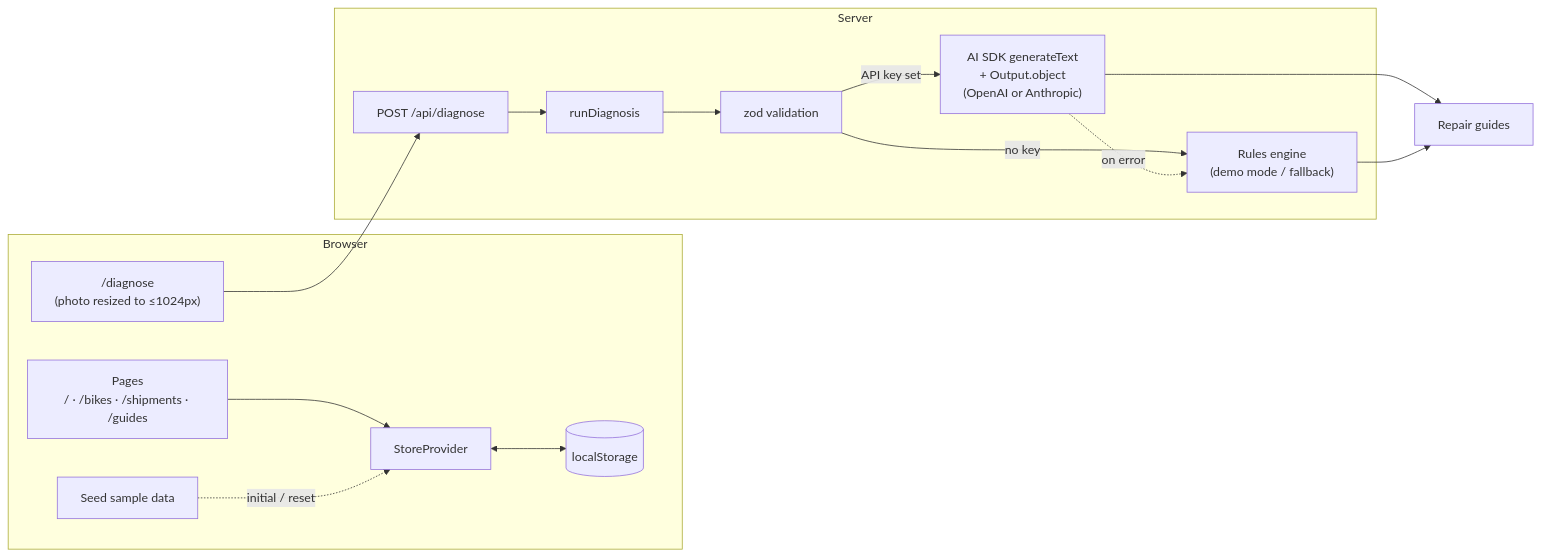
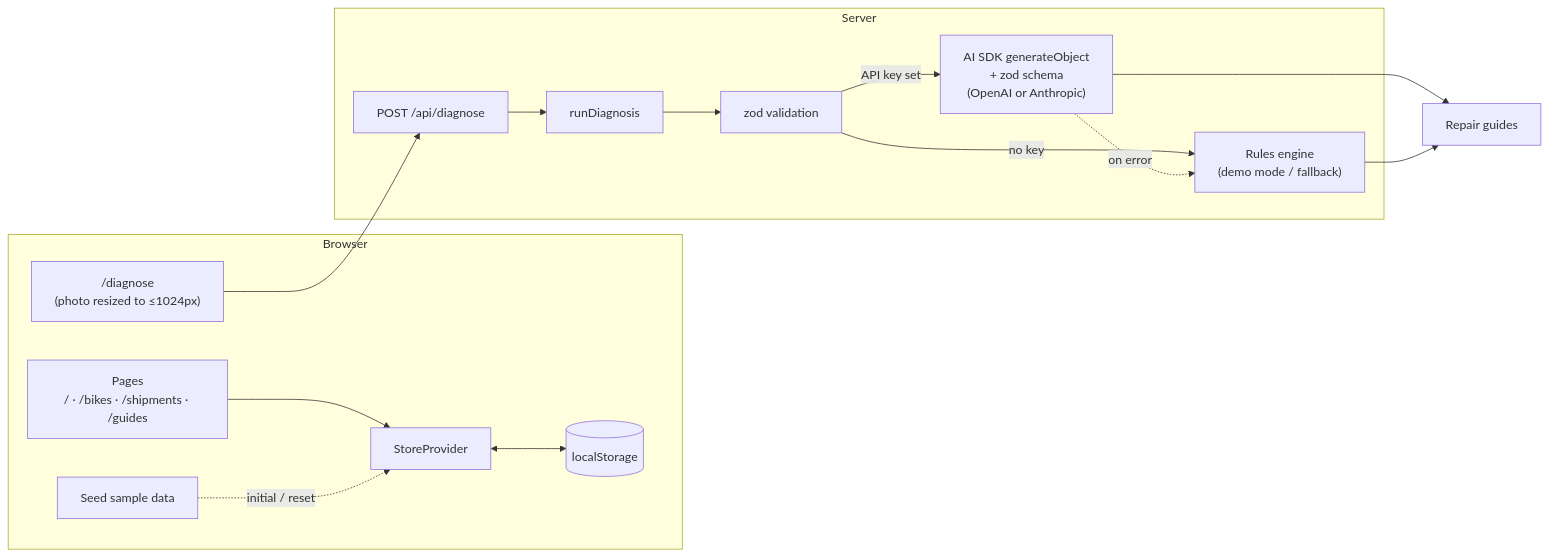
Before and after one commit to zandy700/bikedoc: the diagram in README.md, drawn with Mermaid. The commit also changed other lines of this file and 8 other files, not shown here.

````diff
--- a/README.md
+++ b/README.md
@@ -37,30 +37,30 @@
 ```mermaid
 flowchart LR
   subgraph Browser
     Pages["Pages<br/>/ · /bikes · /shipments · /guides"]
     Diagnose["/diagnose<br/>(photo resized to ≤1024px)"]
     Store["StoreProvider"]
     LS[("localStorage")]
     Seed["Seed sample data"]
     Pages --> Store
     Store <--> LS
     Seed -. "initial / reset" .-> Store
   end
 
   subgraph Server
     API["POST /api/diagnose"]
     Run["runDiagnosis"]
     Zod["zod validation"]
-    AI["AI SDK generateText<br/>+ Output.object<br/>(OpenAI or Anthropic)"]
+    AI["AI SDK generateObject<br/>+ zod schema<br/>(OpenAI or Anthropic)"]
     Rules["Rules engine<br/>(demo mode / fallback)"]
   end
 
   Guides["Repair guides"]
 
   Diagnose --> API --> Run --> Zod
   Zod -- "API key set" --> AI
   Zod -- "no key" --> Rules
   AI -. "on error" .-> Rules
   AI --> Guides
   Rules --> Guides
 ```
````
